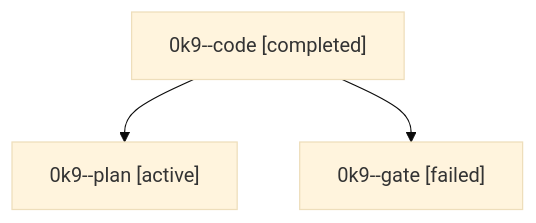
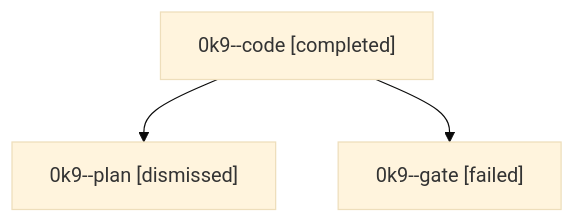
Before and after one commit to sase-org/sase--agents: the diagram in sessions/bbugyi200.athena.0k9.md, drawn with Mermaid (base theme). The commit also changed other lines of this file and 28 other files, not shown here.

````diff
--- a/sessions/bbugyi200.athena.0k9.md
+++ b/sessions/bbugyi200.athena.0k9.md
@@ -9,8 +9,8 @@
 ```mermaid
 flowchart TD
   n0["0k9--code [completed]"]
-  n1["0k9--plan [active]"]
+  n1["0k9--plan [dismissed]"]
   n0 --> n1
   n2["0k9--gate [failed]"]
   n0 --> n2
 ```
````
